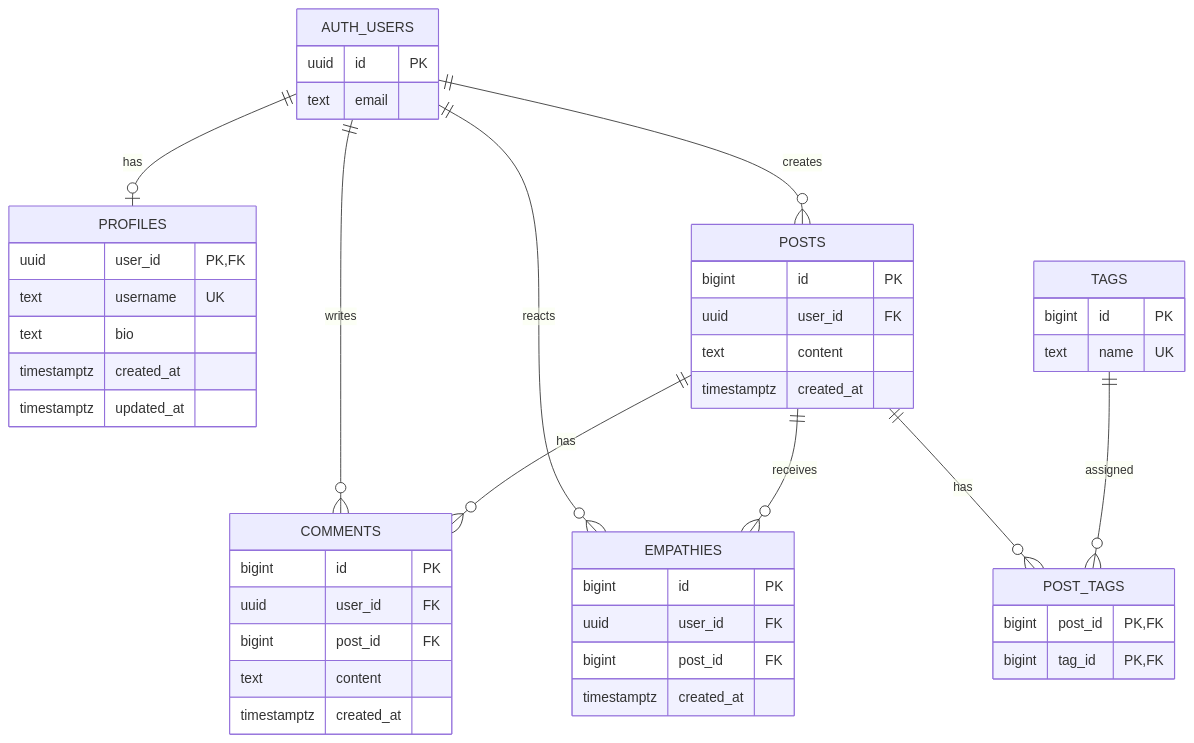
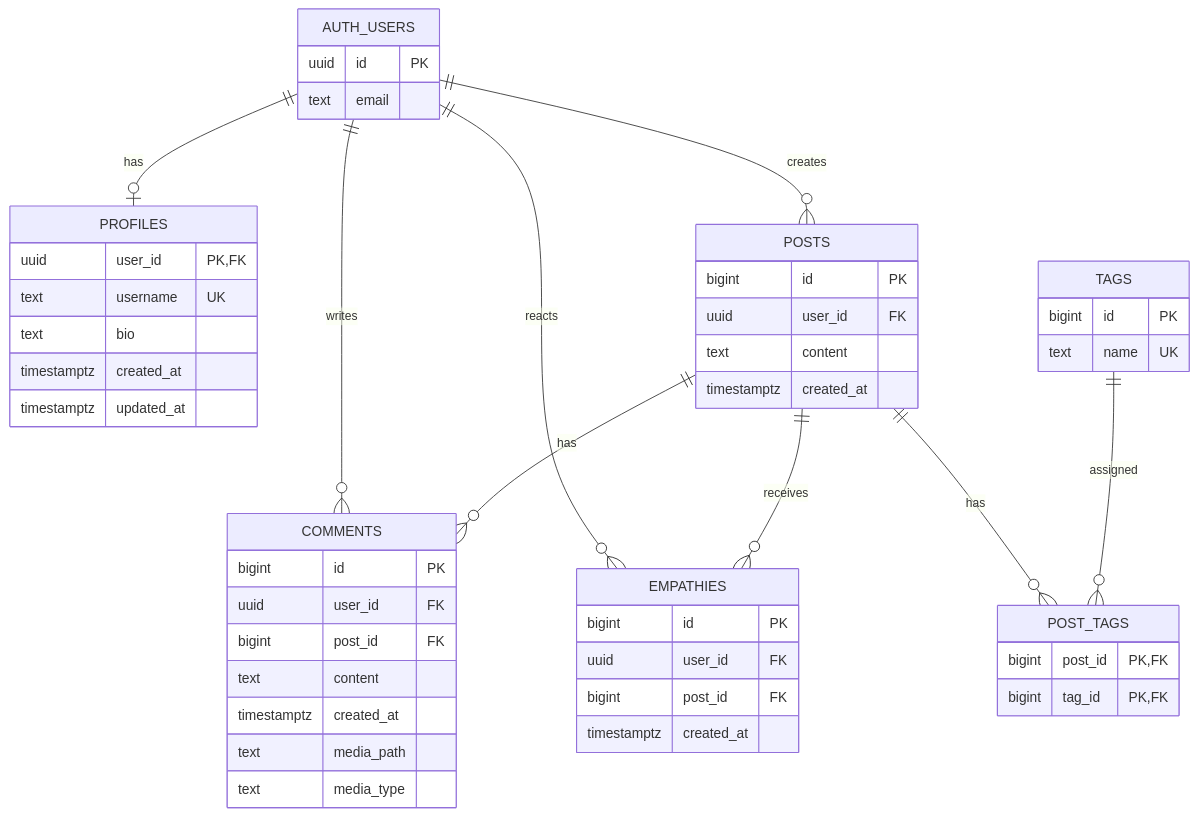
One commit to CoreEaseCompany/Echo changed the diagram in DATABASE.md. Above: the diagram before and after it, drawn with Mermaid. The commit also changed other lines of this file and 9 other files, not shown here.

````diff
--- a/DATABASE.md
+++ b/DATABASE.md
@@ -432,58 +535,60 @@
 ```mermaid
 erDiagram
     AUTH_USERS ||--o| PROFILES : has
     AUTH_USERS ||--o{ POSTS : creates
     AUTH_USERS ||--o{ COMMENTS : writes
     AUTH_USERS ||--o{ EMPATHIES : reacts
 
     POSTS ||--o{ COMMENTS : has
     POSTS ||--o{ EMPATHIES : receives
     POSTS ||--o{ POST_TAGS : has
 
     TAGS ||--o{ POST_TAGS : assigned
 
     AUTH_USERS {
         uuid id PK
         text email
     }
 
     PROFILES {
         uuid user_id PK,FK
         text username UK
         text bio
         timestamptz created_at
         timestamptz updated_at
     }
 
     POSTS {
         bigint id PK
         uuid user_id FK
         text content
         timestamptz created_at
     }
 
     COMMENTS {
         bigint id PK
         uuid user_id FK
         bigint post_id FK
         text content
         timestamptz created_at
+        text media_path
+        text media_type
     }
 
     EMPATHIES {
         bigint id PK
         uuid user_id FK
         bigint post_id FK
         timestamptz created_at
     }
 
     TAGS {
         bigint id PK
         text name UK
     }
 
     POST_TAGS {
         bigint post_id PK,FK
         bigint tag_id PK,FK
     }
 ```
````
